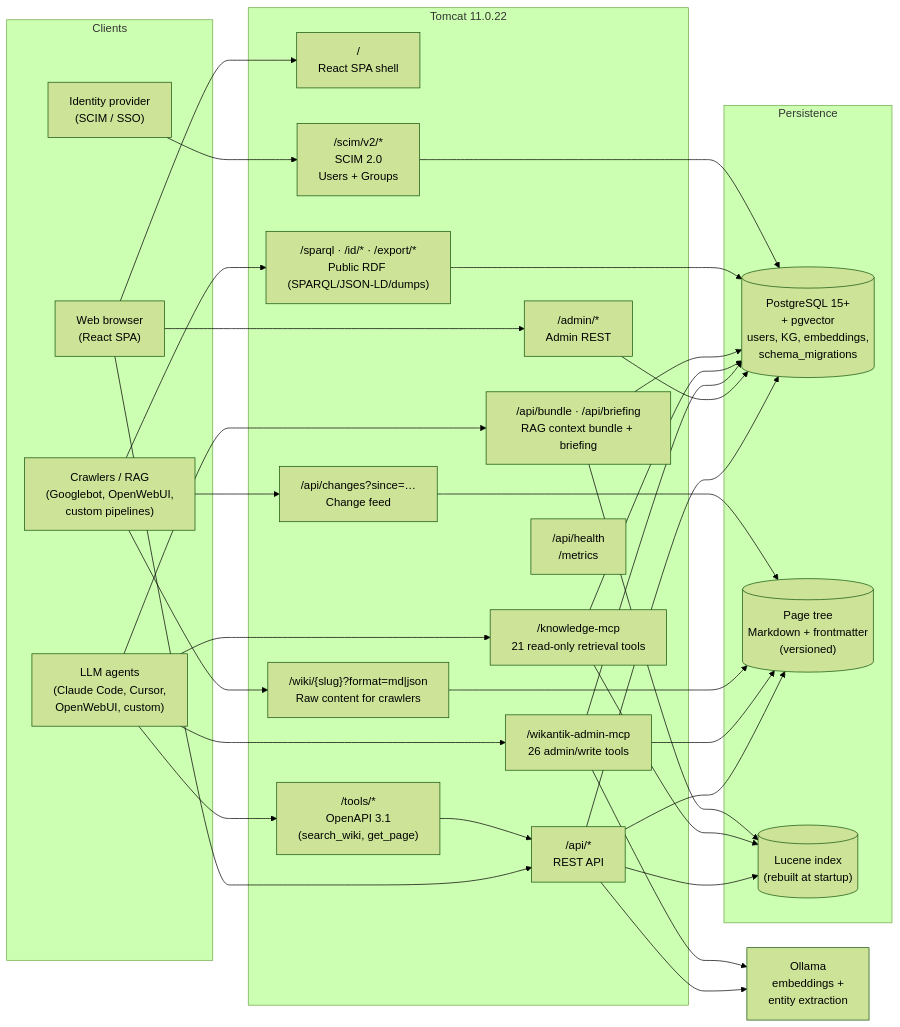
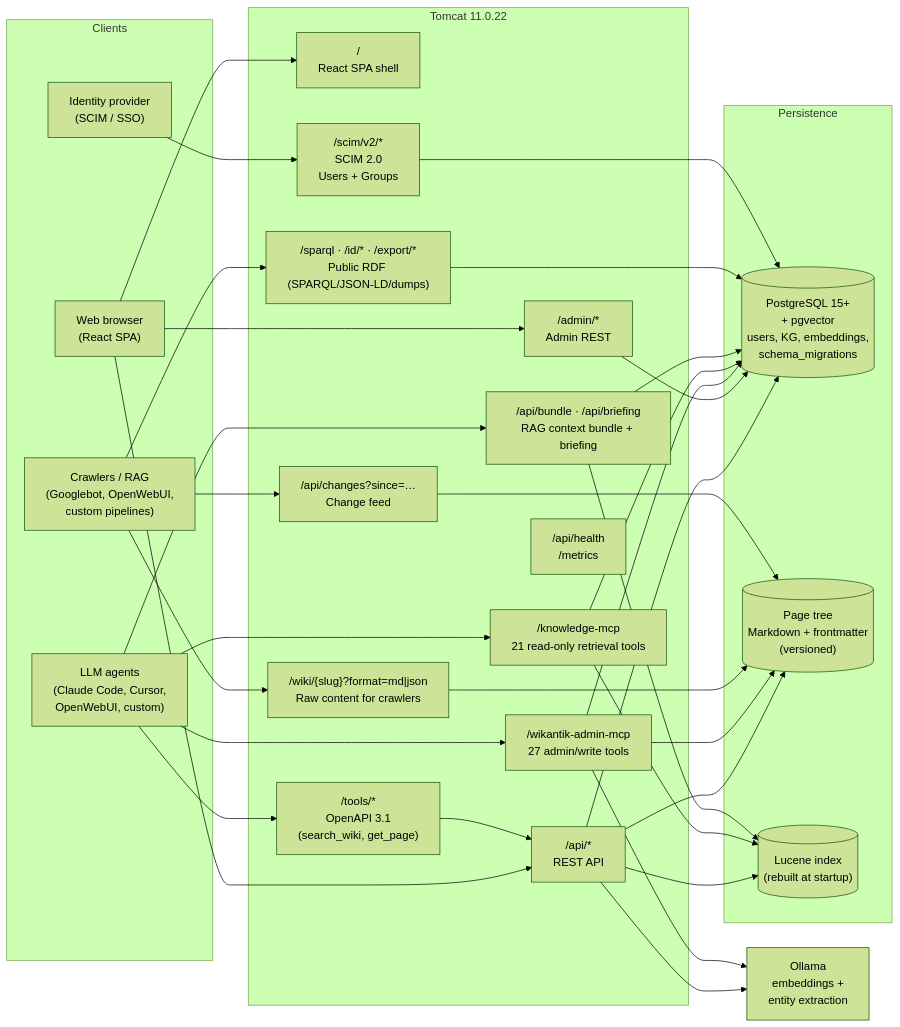
Before and after one commit to jakefearsd/wikantik: the diagram in README.md, drawn with Mermaid (forest theme). The commit also changed other lines of this file and 75 other files, not shown here.

````diff
--- a/README.md
+++ b/README.md
@@ -104,63 +104,63 @@
 ```mermaid
 flowchart LR
     subgraph clients [Clients]
         Browser["Web browser<br/>(React SPA)"]
         Agent["LLM agents<br/>(Claude Code, Cursor,<br/>OpenWebUI, custom)"]
         Crawler["Crawlers / RAG<br/>(Googlebot, OpenWebUI,<br/>custom pipelines)"]
         IdP["Identity provider<br/>(SCIM / SSO)"]
     end
 
     subgraph tomcat [Tomcat 11.0.22]
         SPA["/<br/>React SPA shell"]
         REST["/api/*<br/>REST API"]
         Admin["/admin/*<br/>Admin REST"]
         Raw["/wiki/{slug}?format=md|json<br/>Raw content for crawlers"]
         Changes["/api/changes?since=…<br/>Change feed"]
         Bundle["/api/bundle · /api/briefing<br/>RAG context bundle + briefing"]
-        AdminMCP["/wikantik-admin-mcp<br/>26 admin/write tools"]
+        AdminMCP["/wikantik-admin-mcp<br/>27 admin/write tools"]
         KnowMCP["/knowledge-mcp<br/>21 read-only retrieval tools"]
         Tools["/tools/*<br/>OpenAPI 3.1<br/>(search_wiki, get_page)"]
         RDF["/sparql · /id/* · /export/*<br/>Public RDF (SPARQL/JSON-LD/dumps)"]
         Scim["/scim/v2/*<br/>SCIM 2.0<br/>Users + Groups"]
         Health["/api/health<br/>/metrics"]
     end
 
     subgraph data [Persistence]
         PG[("PostgreSQL 15+<br/>+ pgvector<br/>users, KG, embeddings,<br/>schema_migrations")]
         Pages[("Page tree<br/>Markdown + frontmatter<br/>(versioned)")]
         Lucene[("Lucene index<br/>(rebuilt at startup)")]
     end
 
     Ollama["Ollama<br/>embeddings +<br/>entity extraction"]
 
     Browser --> SPA
     Browser --> REST
     Browser --> Admin
     Crawler --> Raw
     Crawler --> Changes
     Crawler --> RDF
     Agent --> AdminMCP
     Agent --> KnowMCP
     Agent --> Tools
     Agent --> Bundle
     IdP --> Scim
 
     REST --> PG
     REST --> Pages
     REST --> Lucene
     Admin --> PG
     AdminMCP --> PG
     AdminMCP --> Pages
     KnowMCP --> PG
     KnowMCP --> Lucene
     Bundle --> PG
     Bundle --> Lucene
     RDF --> PG
     Raw --> Pages
     Changes --> Pages
     Tools --> REST
     Scim --> PG
 
     REST --> Ollama
     AdminMCP --> Ollama
 ```
````
